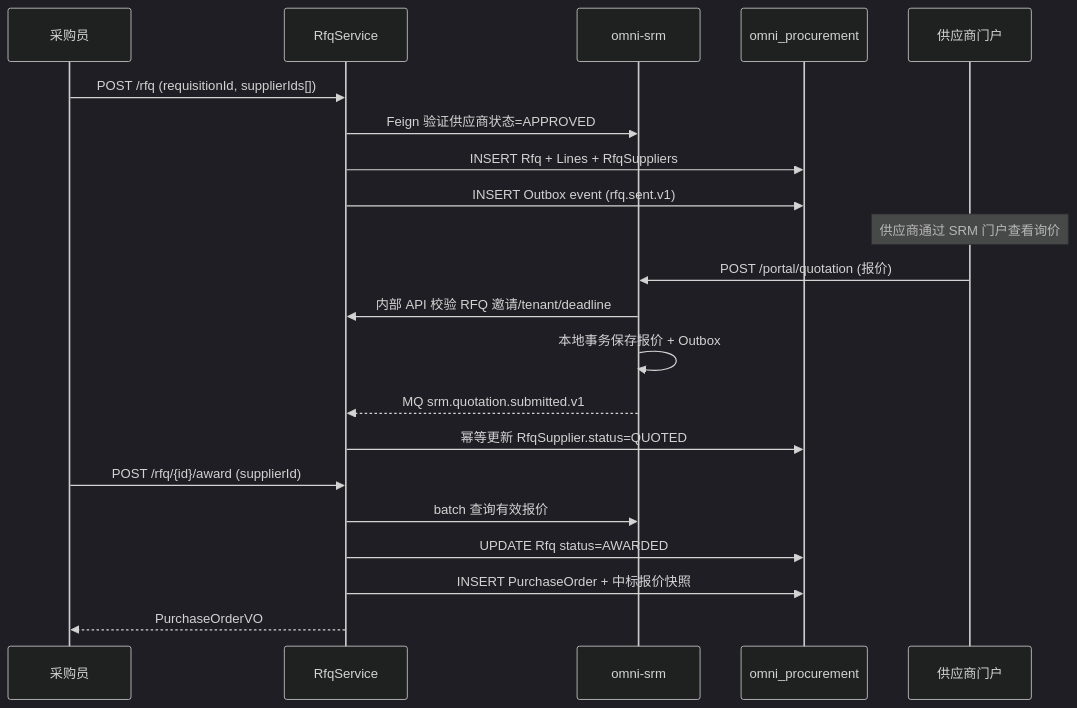
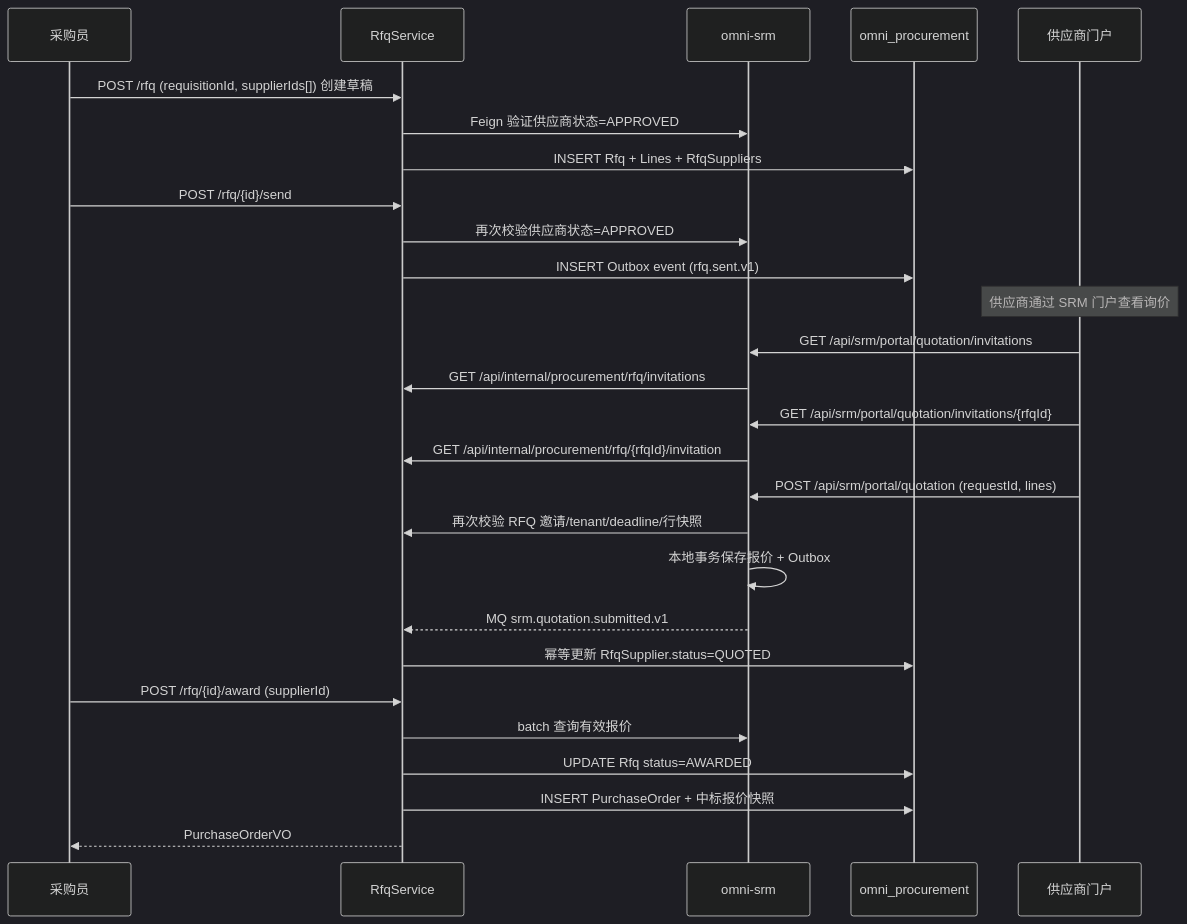
One commit to wang-baohai/Omni-Stack changed the fifth of 7 diagrams in docs/design/procurement-design.md. Above: the diagram before and after it, drawn with Mermaid (dark theme). The commit also changed other lines of this file and 591 other files, not shown here.

````diff
--- a/docs/design/procurement-design.md
+++ b/docs/design/procurement-design.md
@@ -253,27 +267,33 @@
 ```mermaid
 sequenceDiagram
     participant BUYER as 采购员
     participant S as RfqService
     participant SRM as omni-srm
     participant DB as omni_procurement
     participant SUP as 供应商门户
 
-    BUYER->>S: POST /rfq (requisitionId, supplierIds[])
+    BUYER->>S: POST /rfq (requisitionId, supplierIds[]) 创建草稿
     S->>SRM: Feign 验证供应商状态=APPROVED
     S->>DB: INSERT Rfq + Lines + RfqSuppliers
+    BUYER->>S: POST /rfq/{id}/send
+    S->>SRM: 再次校验供应商状态=APPROVED
     S->>DB: INSERT Outbox event (rfq.sent.v1)
 
     Note over SUP: 供应商通过 SRM 门户查看询价
 
-    SUP->>SRM: POST /portal/quotation (报价)
-    SRM->>S: 内部 API 校验 RFQ 邀请/tenant/deadline
+    SUP->>SRM: GET /api/srm/portal/quotation/invitations
+    SRM->>S: GET /api/internal/procurement/rfq/invitations
+    SUP->>SRM: GET /api/srm/portal/quotation/invitations/{rfqId}
+    SRM->>S: GET /api/internal/procurement/rfq/{rfqId}/invitation
+    SUP->>SRM: POST /api/srm/portal/quotation (requestId, lines)
+    SRM->>S: 再次校验 RFQ 邀请/tenant/deadline/行快照
     SRM->>SRM: 本地事务保存报价 + Outbox
     SRM-->>S: MQ srm.quotation.submitted.v1
     S->>DB: 幂等更新 RfqSupplier.status=QUOTED
 
     BUYER->>S: POST /rfq/{id}/award (supplierId)
     S->>SRM: batch 查询有效报价
     S->>DB: UPDATE Rfq status=AWARDED
     S->>DB: INSERT PurchaseOrder + 中标报价快照
     S-->>BUYER: PurchaseOrderVO
 ```
````
